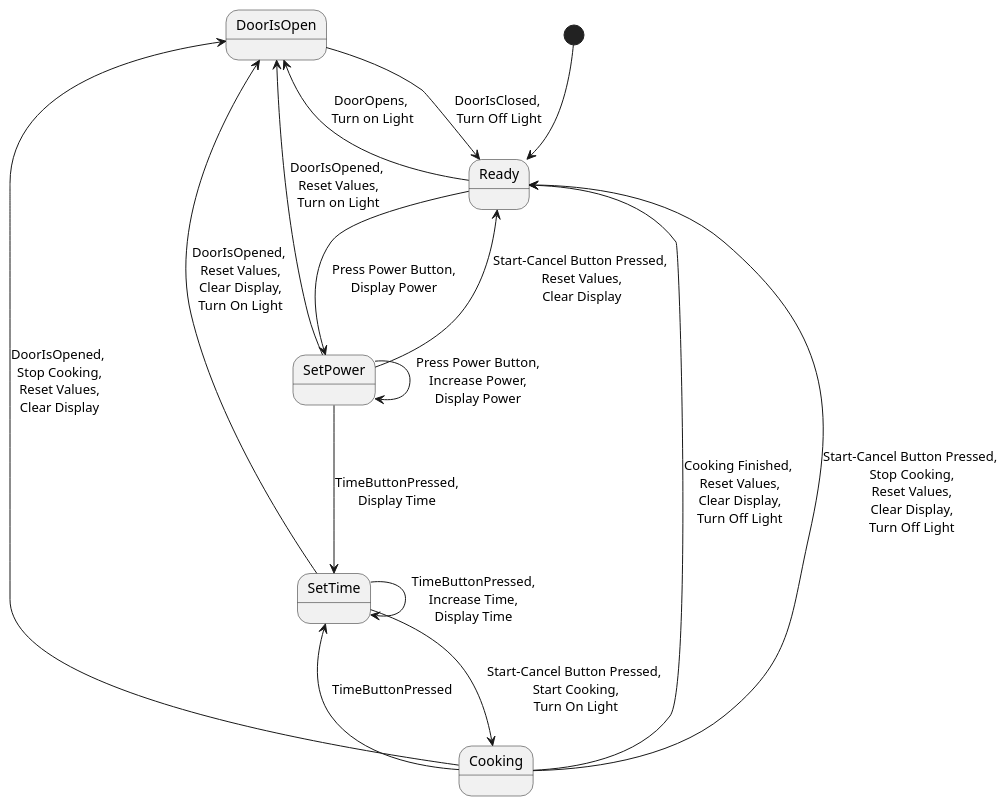
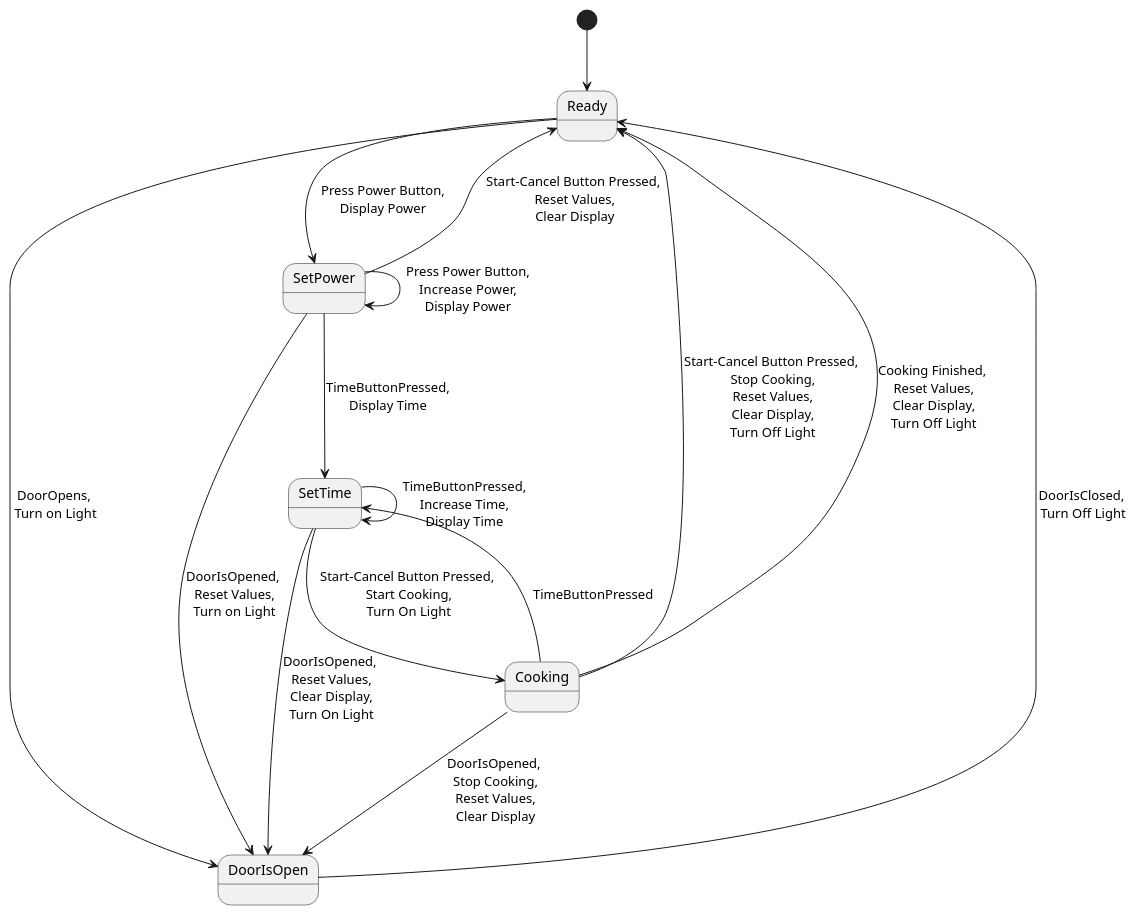
Before and after one commit to MartinStokholm/SWTExercise3: the diagram in Microwwave.puml, drawn with PlantUML.

```diff
--- a/Microwwave.puml
+++ b/Microwwave.puml
@@ -1,27 +1,27 @@
 @startuml StateMachine
     
 [*] --> Ready
 
 
 Ready -d-> SetPower : Press Power Button,\nDisplay Power
 
 
-Cooking -d-> Ready : Start-Cancel Button Pressed,\n Stop Cooking,\n Reset Values,\n Clear Display,\n Turn Off Light
-Cooking -d-> Ready : Cooking Finished,\n Reset Values,\n Clear Display,\n Turn Off Light
-Cooking -d-> SetTime : TimeButtonPressed
+Cooking -u-> Ready : Start-Cancel Button Pressed,\n Stop Cooking,\n Reset Values,\n Clear Display,\n Turn Off Light
+Cooking -u-> Ready : Cooking Finished,\n Reset Values,\n Clear Display,\n Turn Off Light
+Cooking --> SetTime : TimeButtonPressed
 
 DoorIsOpen -r-> Ready : DoorIsClosed,\n Turn Off Light
 
 SetPower --> Ready : Start-Cancel Button Pressed,\n Reset Values,\n Clear Display
 SetPower -r-> DoorIsOpen : DoorIsOpened,\n Reset Values,\n Turn on Light
 SetPower -d-> SetTime : TimeButtonPressed,\nDisplay Time
-SetPower --> SetPower : Press Power Button,\nIncrease Power,\nDisplay Power
+SetPower -r-> SetPower : Press Power Button,\nIncrease Power,\nDisplay Power
 
 SetTime --> SetTime : TimeButtonPressed,\nIncrease Time,\nDisplay Time
 SetTime -d-> Cooking : Start-Cancel Button Pressed,\n Start Cooking,\n Turn On Light
 SetTime -r-> DoorIsOpen : DoorIsOpened,\n Reset Values,\n Clear Display,\n Turn On Light
 
 Cooking --> DoorIsOpen : DoorIsOpened,\n Stop Cooking,\n Reset Values,\n Clear Display
 Ready -d-> DoorIsOpen : DoorOpens,\n Turn on Light
 
 @enduml StateMachine
```
